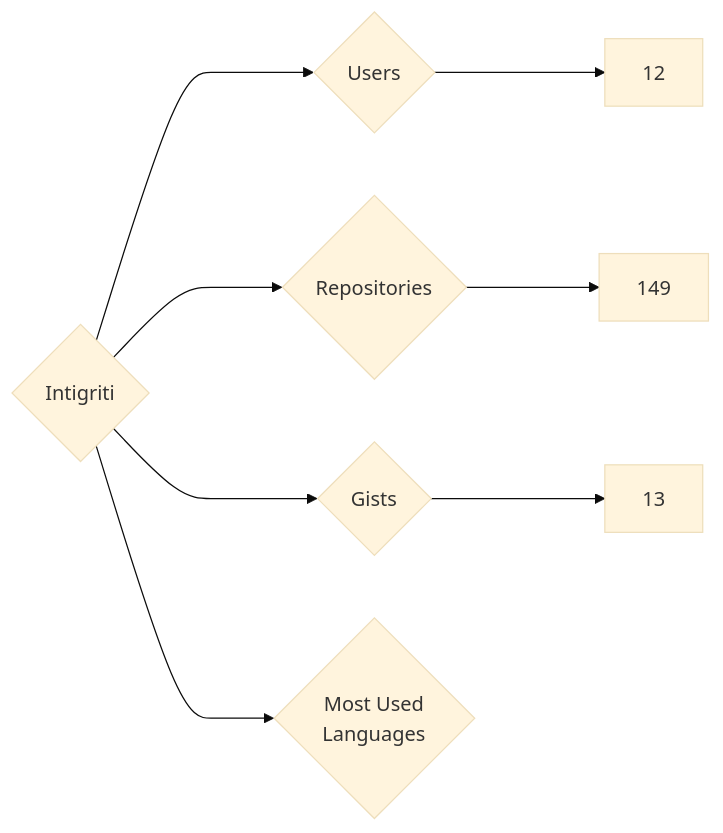
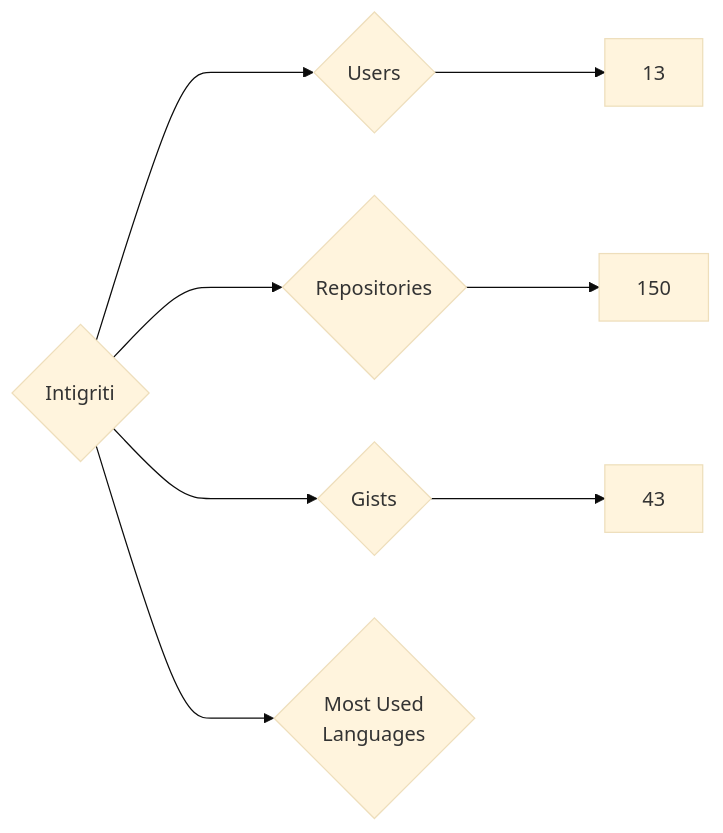
The diagram in targets/Intigriti/README.md (nenadzaric/insiders), drawn with Mermaid (base theme) before and after one commit. The commit also changed 1342 other files, not shown here.

````diff
--- a/targets/Intigriti/README.md
+++ b/targets/Intigriti/README.md
@@ -3,8 +3,8 @@
 ```mermaid
 graph LR
 COMPANY_NAME{Intigriti}
-COMPANY_NAME ---> U{Users} ---> UN[12]
-COMPANY_NAME ---> R{Repositories} ---> RN[149]
-COMPANY_NAME ---> G{Gists} ---> GN[13]
+COMPANY_NAME ---> U{Users} ---> UN[13]
+COMPANY_NAME ---> R{Repositories} ---> RN[150]
+COMPANY_NAME ---> G{Gists} ---> GN[43]
 COMPANY_NAME ---> ML{Most Used<br>Languages}
 ```
````
